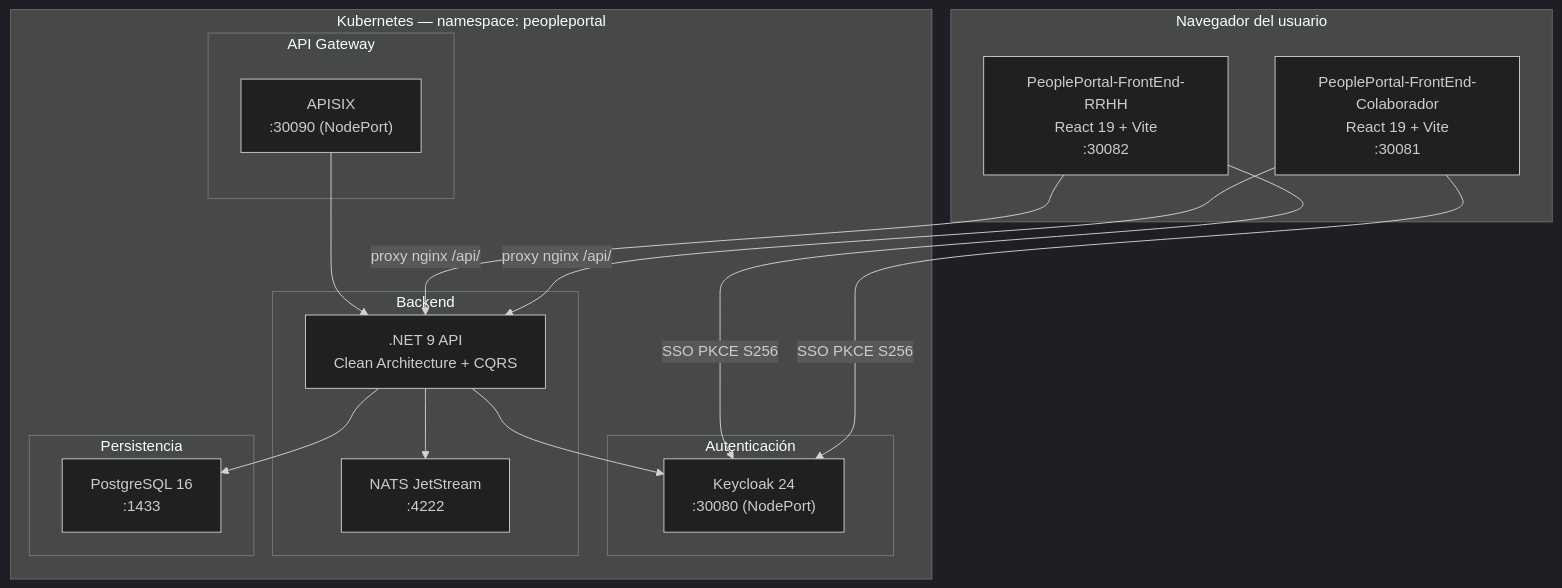
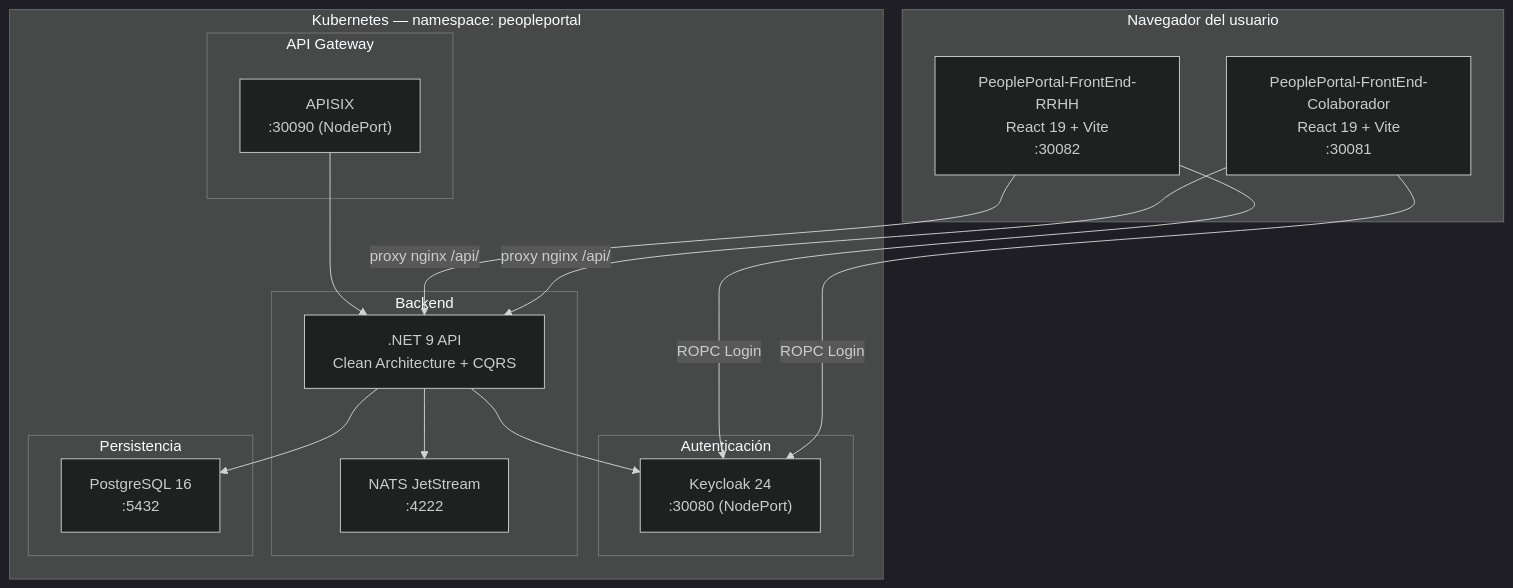
The first of 2 diagrams in docs/arquitectura.md (bryanjosue17/ProyectoIA-Forza), drawn with Mermaid (dark theme) before and after one commit. The commit also changed 2 other files, not shown here.

Commit message:
docs: deep review and update all markdown files
- README.md: auth Keycloak PKCE→ROPC, add playwright.md link
- docs/arquitectura.md: PostgreSQL port 1433→5432, auth labels PKCE→ROPC
- docs/plan-implementacion.md: Vouchers→Nomina, deploy CI status updated
- FrontEnd-Colaborador: autenticacion.md PKCE→ROPC, README modules+GHCR
- FrontEnd-RRHH: fix merge conflict, autenticacion.md PKCE→ROPC, README modules+GHCR

````diff
--- a/docs/arquitectura.md
+++ b/docs/arquitectura.md
@@ -7,35 +7,35 @@
 ```mermaid
 flowchart TB
     subgraph Browser["Navegador del usuario"]
         ColabApp["PeoplePortal-FrontEnd-Colaborador\nReact 19 + Vite\n:30081"]
         RRHHApp["PeoplePortal-FrontEnd-RRHH\nReact 19 + Vite\n:30082"]
     end
 
     subgraph K8s["Kubernetes — namespace: peopleportal"]
         subgraph Auth["Autenticación"]
             KC["Keycloak 24\n:30080 (NodePort)"]
         end
 
         subgraph Gateway["API Gateway"]
             APISIX["APISIX\n:30090 (NodePort)"]
         end
 
         subgraph Backend["Backend"]
             API[".NET 9 API\nClean Architecture + CQRS"]
             NATS["NATS JetStream\n:4222"]
         end
 
         subgraph Data["Persistencia"]
-            SQL["PostgreSQL 16\n:1433"]
+            SQL["PostgreSQL 16\n:5432"]
         end
     end
 
-    ColabApp -->|SSO PKCE S256| KC
-    RRHHApp  -->|SSO PKCE S256| KC
+    ColabApp -->|ROPC Login| KC
+    RRHHApp  -->|ROPC Login| KC
     ColabApp -->|proxy nginx /api/| API
     RRHHApp  -->|proxy nginx /api/| API
     API      --> KC
     API      --> SQL
     API      --> NATS
     APISIX   --> API
 ```
````
